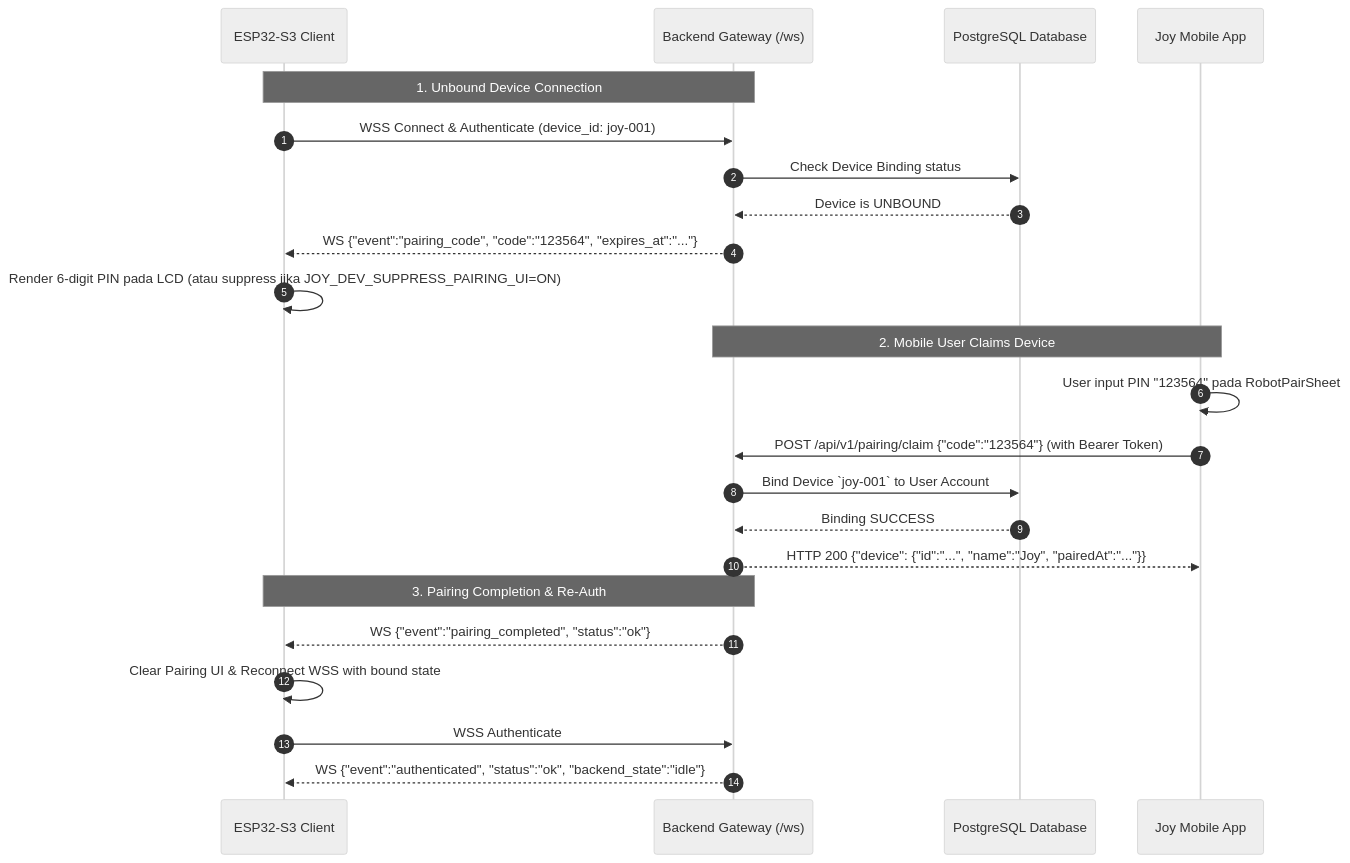
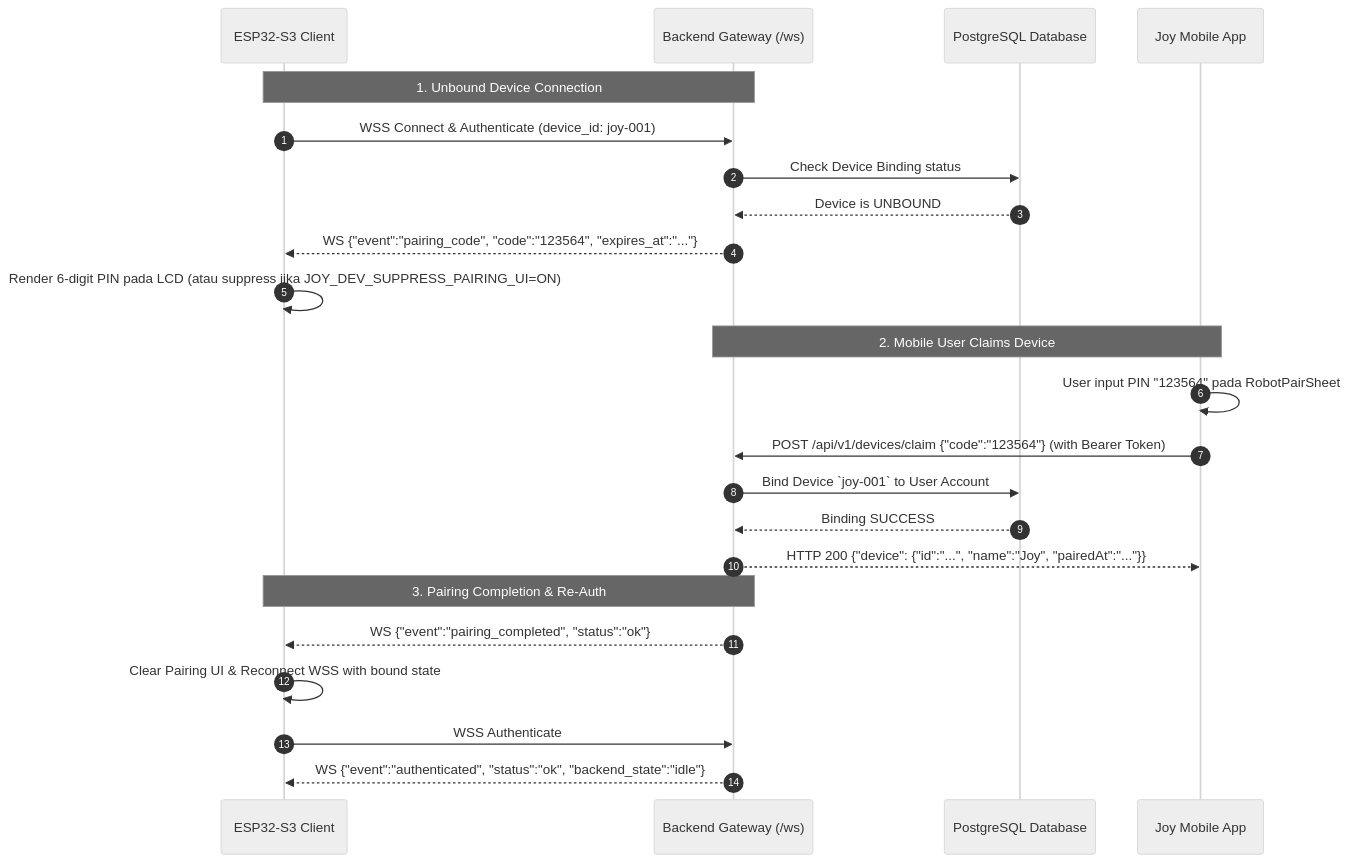
Before and after one commit to niefaviolenic/BMO-1-2: the third of 4 diagrams in docs-config-ESPtoBACKEND/08-ECOSYSTEM-INTEGRATION-GUIDE.md, drawn with Mermaid (neutral theme). The commit also changed other lines of this file and 6 other files, not shown here.

````diff
--- a/docs-config-ESPtoBACKEND/08-ECOSYSTEM-INTEGRATION-GUIDE.md
+++ b/docs-config-ESPtoBACKEND/08-ECOSYSTEM-INTEGRATION-GUIDE.md
@@ -126,28 +126,28 @@
 ```mermaid
 sequenceDiagram
     autonumber
     participant ESP as ESP32-S3 Client
     participant WSS as Backend Gateway (/ws)
     participant DB as PostgreSQL Database
     participant Mob as Joy Mobile App
 
     Note over ESP,WSS: 1. Unbound Device Connection
     ESP->>WSS: WSS Connect & Authenticate (device_id: joy-001)
     WSS->>DB: Check Device Binding status
     DB-->>WSS: Device is UNBOUND
     WSS-->>ESP: WS {"event":"pairing_code", "code":"123564", "expires_at":"..."}
     ESP->>ESP: Render 6-digit PIN pada LCD (atau suppress jika JOY_DEV_SUPPRESS_PAIRING_UI=ON)
 
     Note over Mob,WSS: 2. Mobile User Claims Device
     Mob->>Mob: User input PIN "123564" pada RobotPairSheet
-    Mob->>WSS: POST /api/v1/pairing/claim {"code":"123564"} (with Bearer Token)
+    Mob->>WSS: POST /api/v1/devices/claim {"code":"123564"} (with Bearer Token)
     WSS->>DB: Bind Device `joy-001` to User Account
     DB-->>WSS: Binding SUCCESS
     WSS-->>Mob: HTTP 200 {"device": {"id":"...", "name":"Joy", "pairedAt":"..."}}
 
     Note over WSS,ESP: 3. Pairing Completion & Re-Auth
     WSS-->>ESP: WS {"event":"pairing_completed", "status":"ok"}
     ESP->>ESP: Clear Pairing UI & Reconnect WSS with bound state
     ESP->>WSS: WSS Authenticate
     WSS-->>ESP: WS {"event":"authenticated", "status":"ok", "backend_state":"idle"}
 ```
````
